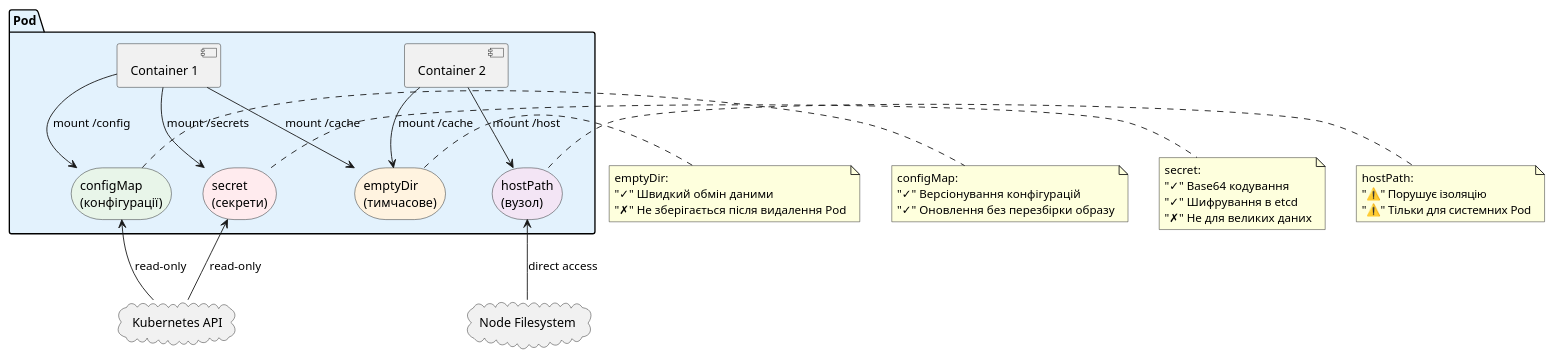
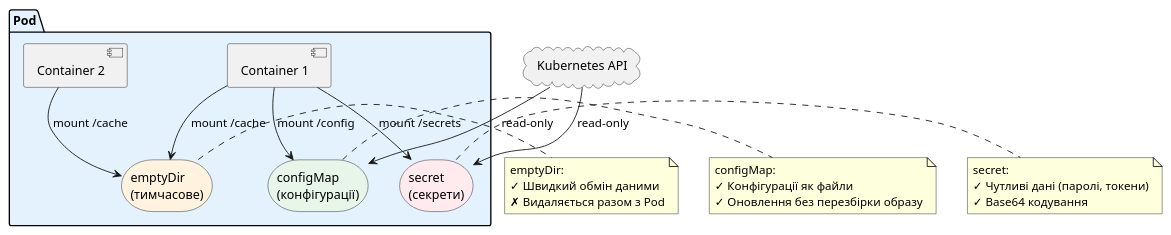
Before and after one commit to UTUBMIR/kostyl.dev: the third of 3 diagrams in content/07.tools/02.kubernetes/04.pods-and-containers.md, drawn with PlantUML. The commit also changed other lines of this file, not shown here.

````diff
--- a/content/07.tools/02.kubernetes/04.pods-and-containers.md
+++ b/content/07.tools/02.kubernetes/04.pods-and-containers.md
@@ -716,54 +819,43 @@
 ```plantuml
 @startuml
 skinparam style plain
 skinparam backgroundColor #ffffff
 
 package "Pod" #e3f2fd {
     component "Container 1" as c1
     component "Container 2" as c2
-    
+
     storage "emptyDir\n(тимчасове)" as empty #fff3e0
     storage "configMap\n(конфігурації)" as cm #e8f5e9
     storage "secret\n(секрети)" as sec #ffebee
-    storage "hostPath\n(вузол)" as hp #f3e5f5
-    
+
     c1 --> empty : mount /cache
     c2 --> empty : mount /cache
     c1 --> cm : mount /config
     c1 --> sec : mount /secrets
-    c2 --> hp : mount /host
 }
 
 cloud "Kubernetes API" as api
-cloud "Node Filesystem" as node
-
-cm <-- api : read-only
-sec <-- api : read-only
-hp <-- node : direct access
+api --> cm : read-only
+api --> sec : read-only
 
 note right of empty
     emptyDir:
-    "✓" Швидкий обмін даними
-    "✗" Не зберігається після видалення Pod
+    ✓ Швидкий обмін даними
+    ✗ Видаляється разом з Pod
 end note
 
 note right of cm
     configMap:
-    "✓" Версіонування конфігурацій
-    "✓" Оновлення без перезбірки образу
+    ✓ Конфігурації як файли
+    ✓ Оновлення без перезбірки образу
 end note
 
 note right of sec
     secret:
-    "✓" Base64 кодування
-    "✓" Шифрування в etcd
-    "✗" Не для великих даних
+    ✓ Чутливі дані (паролі, токени)
+    ✓ Base64 кодування
 end note
 
-note right of hp
-    hostPath:
-    "⚠️" Порушує ізоляцію
-    "⚠️" Тільки для системних Pod
-end note
 @enduml
 ```
````
